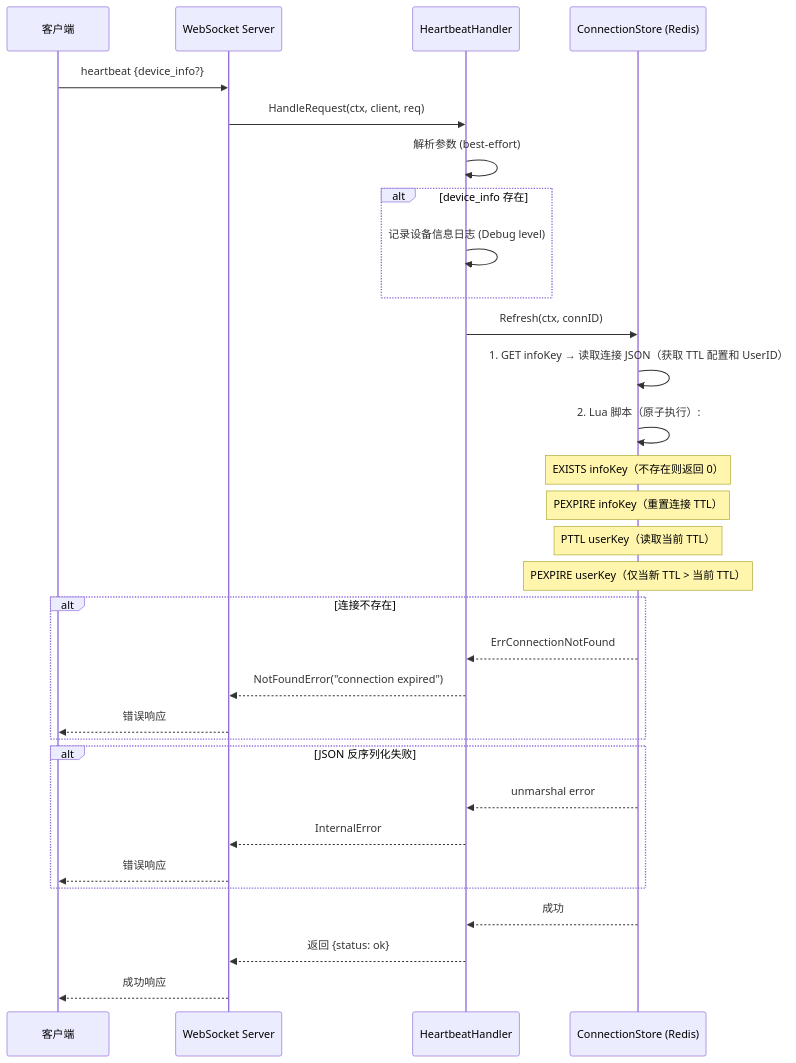
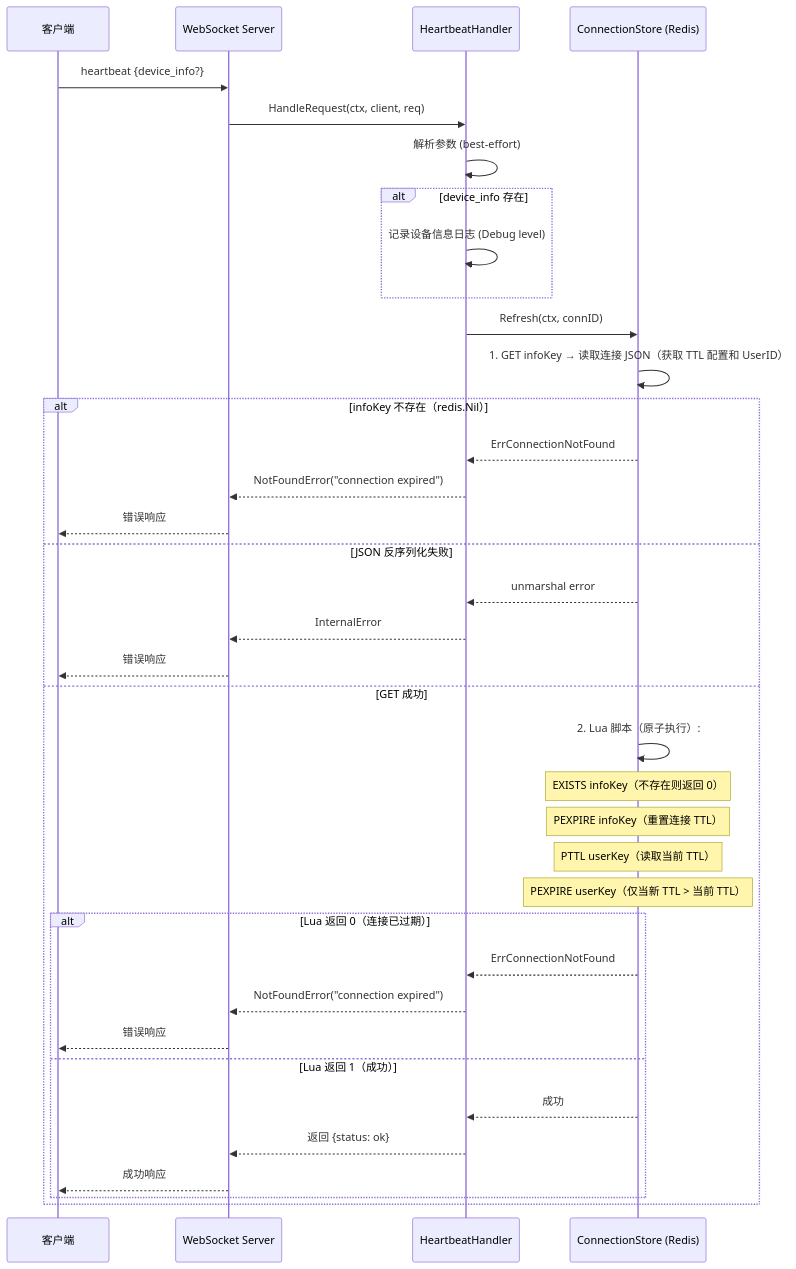
The first of 5 diagrams in wiki/flows/heartbeat.md (PineappleBond/xyncra-server), drawn with Mermaid before and after one commit. The commit also changed other lines of this file and 21 other files, not shown here.

Commit message:
docs(wiki): add edge cases and fix inaccuracies across all flow documents

````diff
--- a/wiki/flows/heartbeat.md
+++ b/wiki/flows/heartbeat.md
@@ -40,40 +40,45 @@
 ```mermaid
 sequenceDiagram
     participant C as 客户端
     participant WS as WebSocket Server
     participant H as HeartbeatHandler
     participant CS as ConnectionStore (Redis)
 
     C->>WS: heartbeat {device_info?}
     WS->>H: HandleRequest(ctx, client, req)
 
     H->>H: 解析参数 (best-effort)
 
     alt device_info 存在
         H->>H: 记录设备信息日志 (Debug level)
     end
 
     H->>CS: Refresh(ctx, connID)
     CS->>CS: 1. GET infoKey → 读取连接 JSON（获取 TTL 配置和 UserID）
-    CS->>CS: 2. Lua 脚本（原子执行）:
-    Note over CS: EXISTS infoKey（不存在则返回 0）
-    Note over CS: PEXPIRE infoKey（重置连接 TTL）
-    Note over CS: PTTL userKey（读取当前 TTL）
-    Note over CS: PEXPIRE userKey（仅当新 TTL > 当前 TTL）
 
-    alt 连接不存在
+    alt infoKey 不存在（redis.Nil）
         CS-->>H: ErrConnectionNotFound
         H-->>WS: NotFoundError("connection expired")
         WS-->>C: 错误响应
-    end
-
-    alt JSON 反序列化失败
+    else JSON 反序列化失败
         CS-->>H: unmarshal error
         H-->>WS: InternalError
         WS-->>C: 错误响应
+    else GET 成功
+        CS->>CS: 2. Lua 脚本（原子执行）:
+        Note over CS: EXISTS infoKey（不存在则返回 0）
+        Note over CS: PEXPIRE infoKey（重置连接 TTL）
+        Note over CS: PTTL userKey（读取当前 TTL）
+        Note over CS: PEXPIRE userKey（仅当新 TTL > 当前 TTL）
+
+        alt Lua 返回 0（连接已过期）
+            CS-->>H: ErrConnectionNotFound
+            H-->>WS: NotFoundError("connection expired")
+            WS-->>C: 错误响应
+        else Lua 返回 1（成功）
+            CS-->>H: 成功
+            H-->>WS: 返回 {status: ok}
+            WS-->>C: 成功响应
+        end
     end
-
-    CS-->>H: 成功
-    H-->>WS: 返回 {status: ok}
-    WS-->>C: 成功响应
 ```
````
